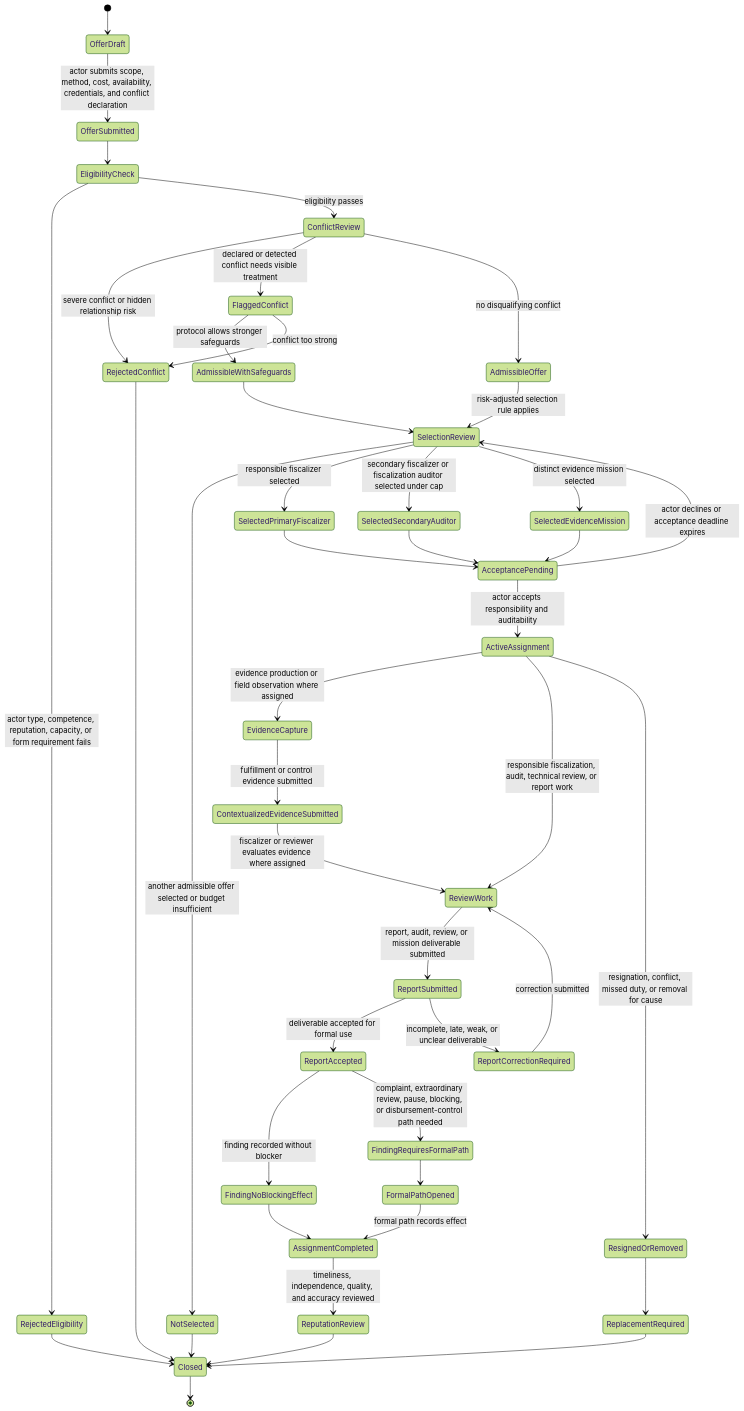
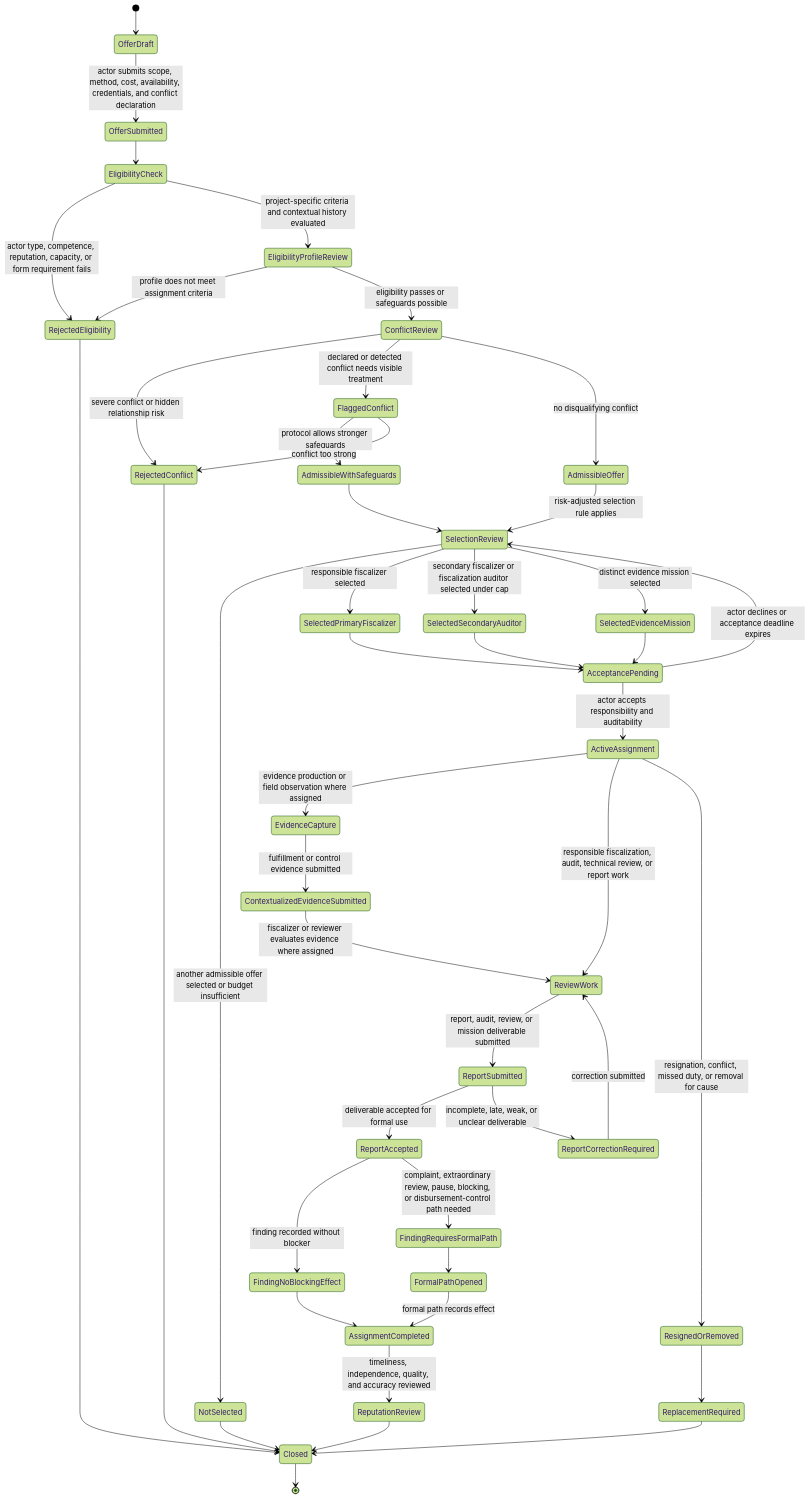
Before and after one commit to moffermann/distributed-governance-research: the second of 3 diagrams in docs/diagrams/v0-control-subproject-fiscalization-assignment-state.md, drawn with Mermaid (forest theme). The commit also changed other lines of this file and 36 other files, not shown here.

````diff
--- a/docs/diagrams/v0-control-subproject-fiscalization-assignment-state.md
+++ b/docs/diagrams/v0-control-subproject-fiscalization-assignment-state.md
@@ -98,60 +101,62 @@
 ```mermaid
 stateDiagram-v2
     [*] --> OfferDraft
     OfferDraft --> OfferSubmitted: actor submits scope, method, cost, availability, credentials, and conflict declaration
 
     OfferSubmitted --> EligibilityCheck
     EligibilityCheck --> RejectedEligibility: actor type, competence, reputation, capacity, or form requirement fails
-    EligibilityCheck --> ConflictReview: eligibility passes
+    EligibilityCheck --> EligibilityProfileReview: project-specific criteria and contextual history evaluated
+    EligibilityProfileReview --> RejectedEligibility: profile does not meet assignment criteria
+    EligibilityProfileReview --> ConflictReview: eligibility passes or safeguards possible
 
     ConflictReview --> RejectedConflict: severe conflict or hidden relationship risk
     ConflictReview --> FlaggedConflict: declared or detected conflict needs visible treatment
     ConflictReview --> AdmissibleOffer: no disqualifying conflict
 
     FlaggedConflict --> AdmissibleWithSafeguards: protocol allows stronger safeguards
     FlaggedConflict --> RejectedConflict: conflict too strong
 
     AdmissibleOffer --> SelectionReview: risk-adjusted selection rule applies
     AdmissibleWithSafeguards --> SelectionReview
 
     SelectionReview --> NotSelected: another admissible offer selected or budget insufficient
     SelectionReview --> SelectedPrimaryFiscalizer: responsible fiscalizer selected
     SelectionReview --> SelectedSecondaryAuditor: secondary fiscalizer or fiscalization auditor selected under cap
     SelectionReview --> SelectedEvidenceMission: distinct evidence mission selected
 
     SelectedPrimaryFiscalizer --> AcceptancePending
     SelectedSecondaryAuditor --> AcceptancePending
     SelectedEvidenceMission --> AcceptancePending
 
     AcceptancePending --> ActiveAssignment: actor accepts responsibility and auditability
     AcceptancePending --> SelectionReview: actor declines or acceptance deadline expires
 
     ActiveAssignment --> EvidenceCapture: evidence production or field observation where assigned
     ActiveAssignment --> ReviewWork: responsible fiscalization, audit, technical review, or report work
 
     EvidenceCapture --> ContextualizedEvidenceSubmitted: fulfillment or control evidence submitted
     ContextualizedEvidenceSubmitted --> ReviewWork: fiscalizer or reviewer evaluates evidence where assigned
 
     ReviewWork --> ReportSubmitted: report, audit, review, or mission deliverable submitted
     ReportSubmitted --> ReportAccepted: deliverable accepted for formal use
     ReportSubmitted --> ReportCorrectionRequired: incomplete, late, weak, or unclear deliverable
     ReportCorrectionRequired --> ReviewWork: correction submitted
 
     ReportAccepted --> FindingNoBlockingEffect: finding recorded without blocker
     ReportAccepted --> FindingRequiresFormalPath: complaint, extraordinary review, pause, blocking, or disbursement-control path needed
 
     FindingRequiresFormalPath --> FormalPathOpened
     FindingNoBlockingEffect --> AssignmentCompleted
     FormalPathOpened --> AssignmentCompleted: formal path records effect
 
     ActiveAssignment --> ResignedOrRemoved: resignation, conflict, missed duty, or removal for cause
     ResignedOrRemoved --> ReplacementRequired
 
     AssignmentCompleted --> ReputationReview: timeliness, independence, quality, and accuracy reviewed
     ReplacementRequired --> Closed
     NotSelected --> Closed
     RejectedEligibility --> Closed
     RejectedConflict --> Closed
     ReputationReview --> Closed
     Closed --> [*]
 ```
````
